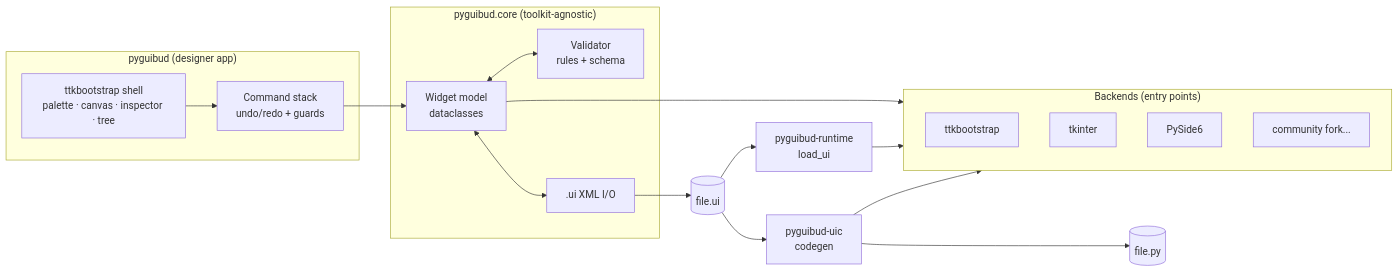
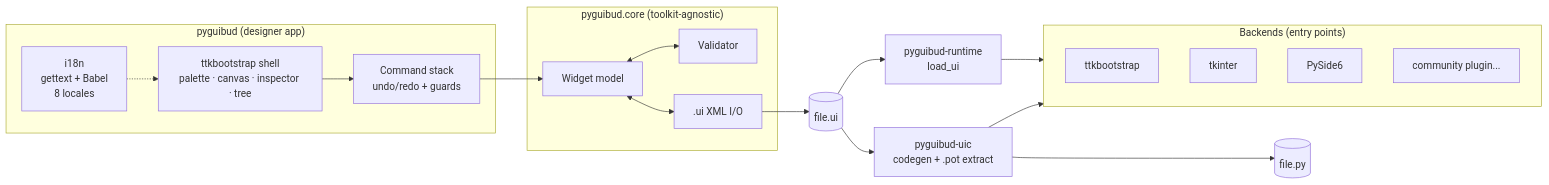
The first of 4 diagrams in project.md (larrezze-dev/PyGUIbud_CLAUDE), drawn with Mermaid before and after one commit. The commit also changed other lines of this file and 260 other files, not shown here.

````diff
--- a/project.md
+++ b/project.md
@@ -62,27 +20,29 @@
 ```mermaid
 flowchart LR
   subgraph Designer["pyguibud (designer app)"]
     UI[ttkbootstrap shell<br/>palette · canvas · inspector · tree]
     CMD[Command stack<br/>undo/redo + guards]
+    I18N[i18n<br/>gettext + Babel<br/>8 locales]
   end
   subgraph Core["pyguibud.core (toolkit-agnostic)"]
-    M[Widget model<br/>dataclasses]
-    V[Validator<br/>rules + schema]
+    M[Widget model]
+    V[Validator]
     IO[.ui XML I/O]
   end
   subgraph Plugins["Backends (entry points)"]
     B1[ttkbootstrap]
     B2[tkinter]
     B3[PySide6]
-    BX[community fork...]
+    BX[community plugin...]
   end
+  I18N -.-> UI
   UI --> CMD --> M
   M <--> V
   M <--> IO
   IO --> F[(file.ui)]
-  M --> Plugins
   F --> RT[pyguibud-runtime<br/>load_ui]
-  F --> CG[pyguibud-uic<br/>codegen] --> PY[(file.py)]
+  F --> CG[pyguibud-uic<br/>codegen + .pot extract]
+  CG --> PY[(file.py)]
   RT --> Plugins
   CG --> Plugins
 ```
````
